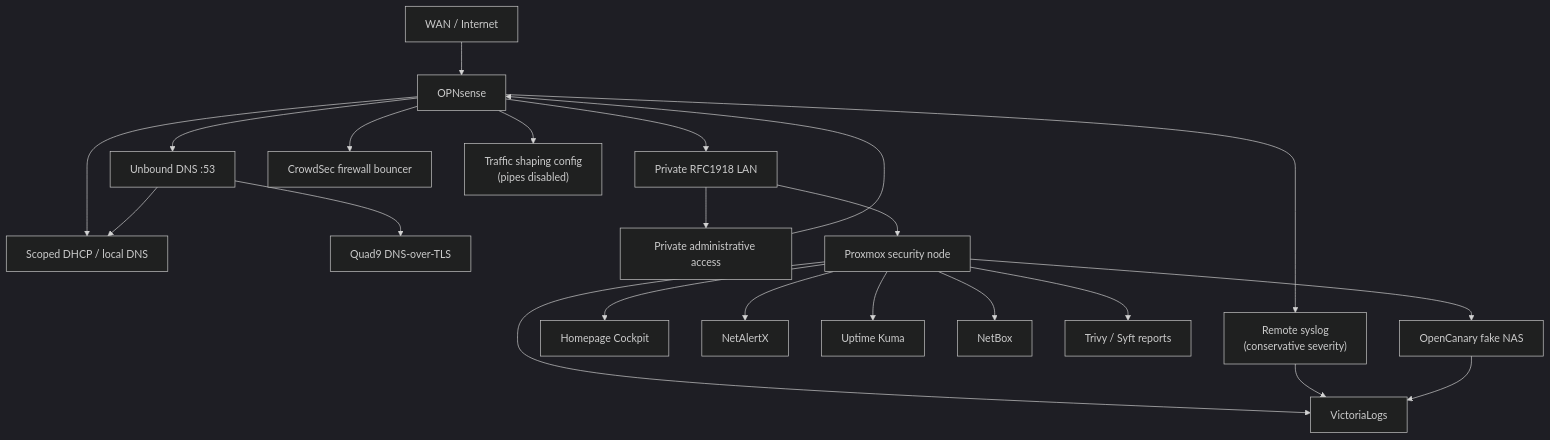
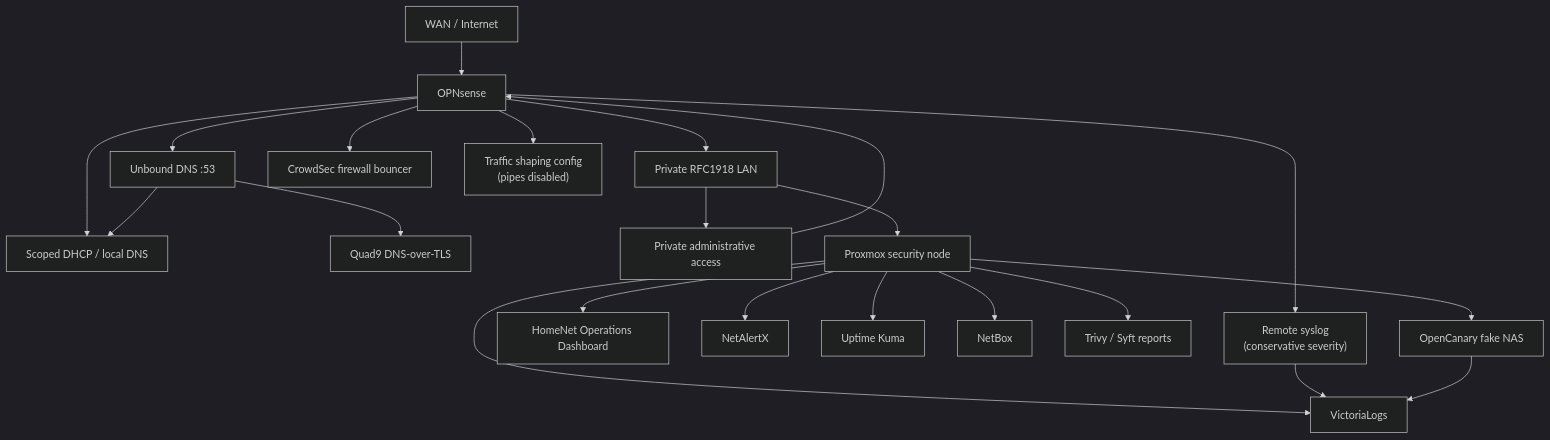
One commit to srkyn/home-network-security changed the diagram in docs/architecture.md. Above: the diagram before and after it, drawn with Mermaid (dark theme). The commit also changed other lines of this file and 12 other files, not shown here.

Commit message:
Rename cockpit docs to operations dashboard

````diff
--- a/docs/architecture.md
+++ b/docs/architecture.md
@@ -33,24 +33,24 @@
 ```mermaid
 flowchart TD
     WAN["WAN / Internet"] --> FW["OPNsense"]
     FW --> LAN["Private RFC1918 LAN"]
     FW --> UNBOUND["Unbound DNS :53"]
     FW --> DNSMASQ["Scoped DHCP / local DNS"]
     FW --> CROWDSEC["CrowdSec firewall bouncer"]
     FW --> SHAPER["Traffic shaping config<br/>(pipes disabled)"]
     FW --> SYSLOG["Remote syslog<br/>(conservative severity)"]
     UNBOUND --> QUAD9["Quad9 DNS-over-TLS"]
     UNBOUND --> DNSMASQ
     LAN --> MGMT["Private administrative access"]
     MGMT --> FW
     LAN --> PVE["Proxmox security node"]
-    PVE --> DASH["Homepage Cockpit"]
+    PVE --> DASH["HomeNet Operations Dashboard"]
     PVE --> LOGS["VictoriaLogs"]
     PVE --> ALERTX["NetAlertX"]
     PVE --> KUMA["Uptime Kuma"]
     PVE --> NETBOX["NetBox"]
     PVE --> REPORTS["Trivy / Syft reports"]
     PVE --> CANARY["OpenCanary fake NAS"]
     SYSLOG --> LOGS
     CANARY --> LOGS
 ```
````
